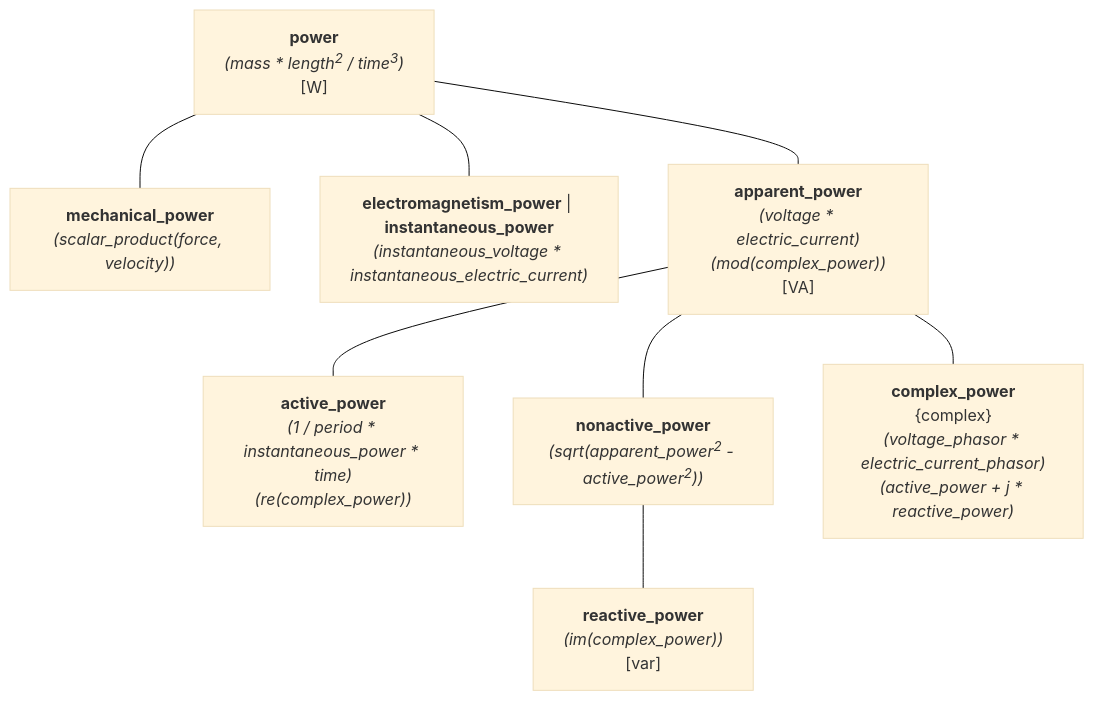
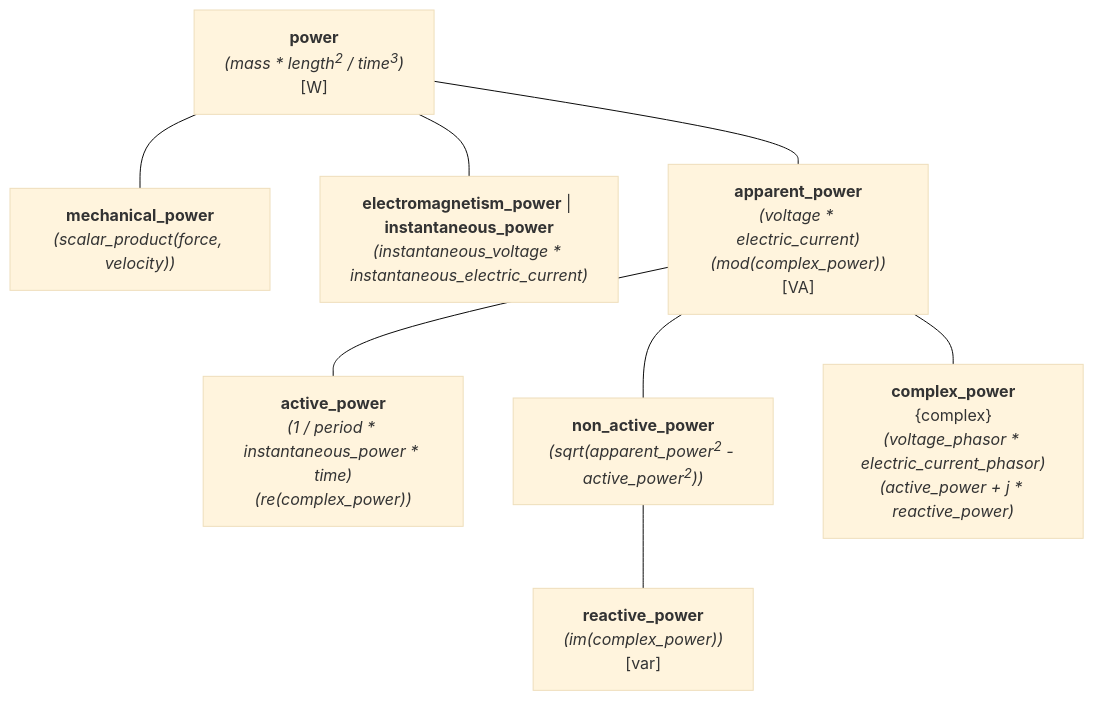
One commit to mpusz/mp-units changed the third of 3 diagrams in docs/blog/posts/isq-part-6-challenges.md. Above: the diagram before and after it, drawn with Mermaid (base theme). The commit also changed other lines of this file and 154 other files, not shown here.

````diff
--- a/docs/blog/posts/isq-part-6-challenges.md
+++ b/docs/blog/posts/isq-part-6-challenges.md
@@ -451,11 +458,11 @@
 ```mermaid
 flowchart TD
     power["<b>power</b><br><i>(mass * length<sup>2</sup> / time<sup>3</sup>)</i><br>[W]"]
     power --- mechanical_power["<b>mechanical_power</b><br><i>(scalar_product(force, velocity))</i>"]
     power --- electromagnetism_power["<b>electromagnetism_power</b> | <b>instantaneous_power</b><br><i>(instantaneous_voltage * instantaneous_electric_current)</i>"]
     power --- apparent_power["<b>apparent_power</b><br><i>(voltage * electric_current)<br>(mod(complex_power))</i><br>[VA]"]
     apparent_power --- active_power["<b>active_power</b><br><i>(1 / period * instantaneous_power * time)<br>(re(complex_power))</i>"]
-    apparent_power --- nonactive_power["<b>nonactive_power</b><br><i>(sqrt(apparent_power<sup>2</sup> - active_power<sup>2</sup>))</i><br>"]
+    apparent_power --- nonactive_power["<b>non_active_power</b><br><i>(sqrt(apparent_power<sup>2</sup> - active_power<sup>2</sup>))</i><br>"]
     nonactive_power --- reactive_power["<b>reactive_power</b><br><i>(im(complex_power))</i><br>[var]"]
     apparent_power --- complex_power["<b>complex_power</b><br>{complex}<br><i>(voltage_phasor * electric_current_phasor)<br>(active_power + j * reactive_power)</i>"]
 ```
````
